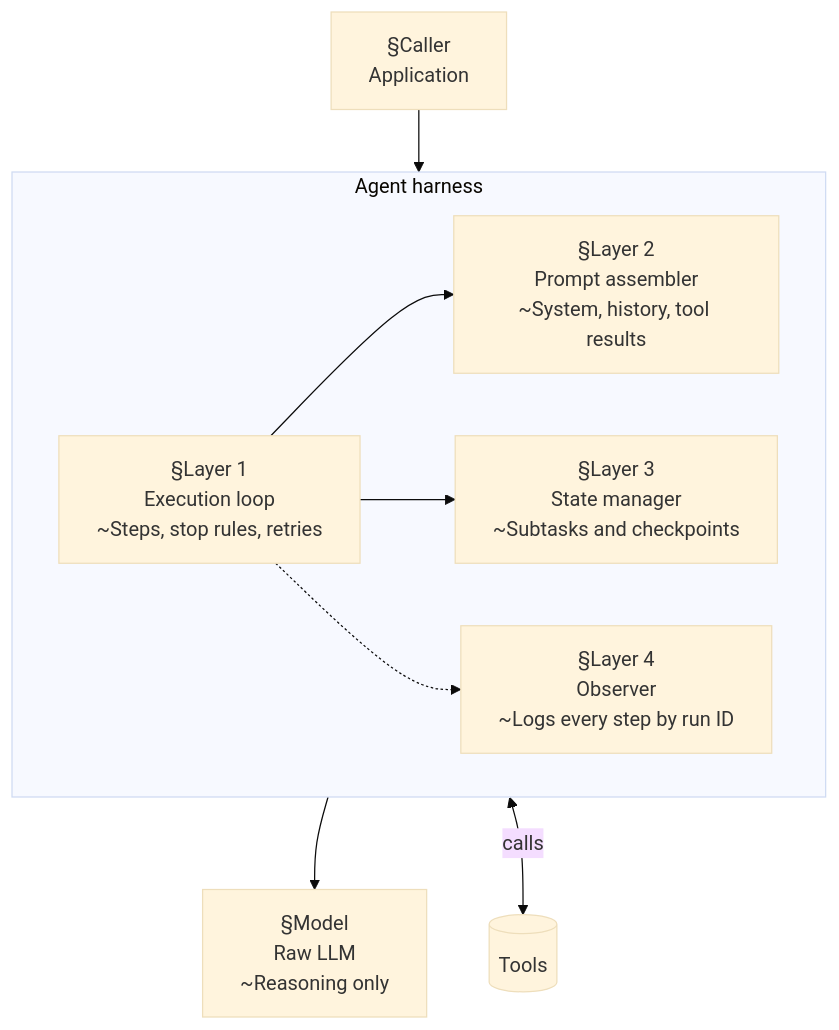
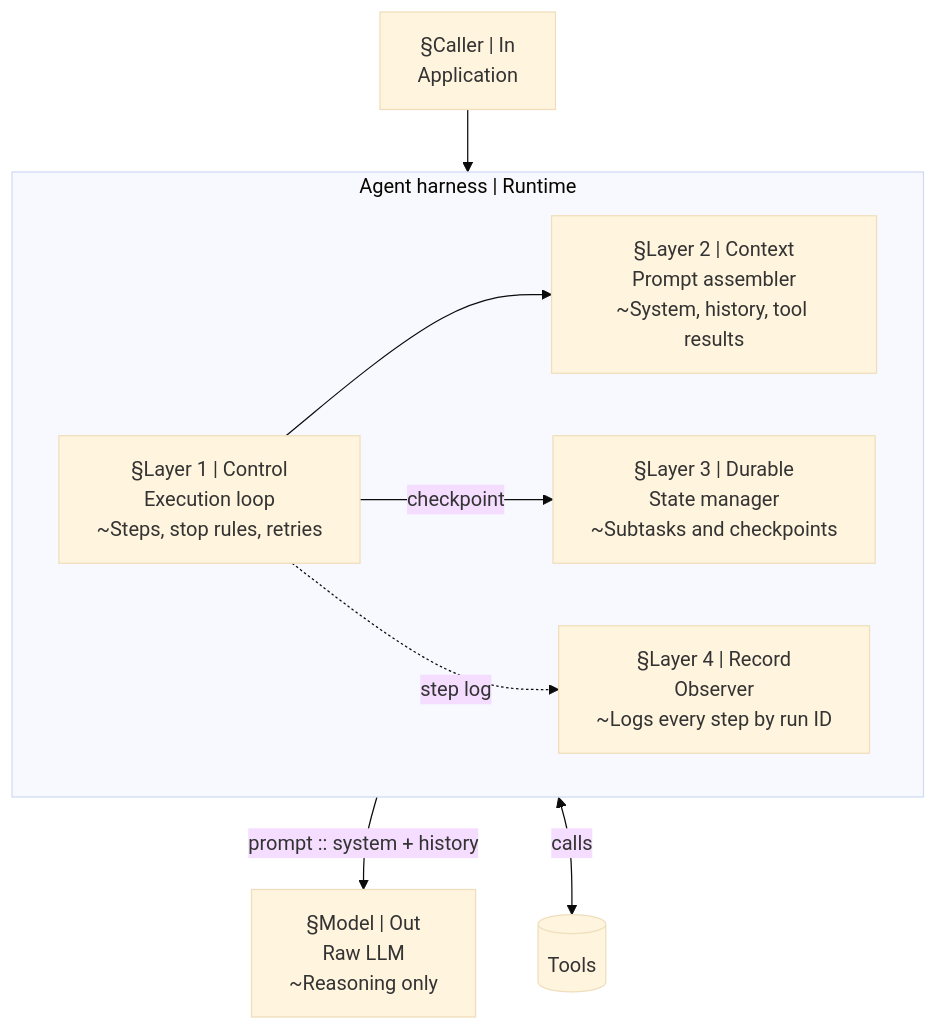
One commit to ninadpathak/ninadpathak changed the diagram in content/diagrams/agent-harnesses/harness-layers.mmd. Above: the diagram before and after it, drawn with Mermaid (base theme). The commit also changed 56 other files, not shown here.

```diff
--- a/content/diagrams/agent-harnesses/harness-layers.mmd
+++ b/content/diagrams/agent-harnesses/harness-layers.mmd
@@ -1,34 +1,36 @@
 %% @fig 01
 %% @kicker Harness layers around the raw LLM
-%% @alt The agent harness sits between the application and the LLM. Its execution loop, prompt assembler, state manager, and observer handle everything except reasoning, and tool calls pass through the loop.
-%% @caption The model reasons. The harness handles everything else.
+%% @alt The agent harness sits between the application and the LLM. Its execution loop, prompt assembler, state manager, and observer handle everything except reasoning. The loop calls tools in both directions, the prompt assembler sends the assembled prompt to the model, the state manager checkpoints after each step, and the observer logs every step.
+%% @caption The model reasons. The harness handles everything else, including the checkpoint that lets an interrupted run resume.
 %% @path app>loop>prompt>llm
-%% @legend accent=Harness layer; outcome=Outside the harness; hot=Request path
+%% @dim harness | harness | Everything except reasoning
+%% @detail state | State manager · checkpoint | Writes: after each successful tool call; Holds: history, data, decisions, status; Recovery: tested, not assumed
+%% @legend accent=Layer; external=Outside; stack=Tool set; hot=Request; flow=Call; async=Log
 flowchart TB
-  app["§Caller
-Application"]:::outcome
-  subgraph harness [Agent harness]
+  app["§Caller | In
+Application"]:::external
+  subgraph harness ["Agent harness | Runtime"]
     direction LR
-    loop["§Layer 1
+    loop["§Layer 1 | Control
 Execution loop
 ~Steps, stop rules, retries"]:::accent
-    prompt["§Layer 2
+    prompt["§Layer 2 | Context
 Prompt assembler
 ~System, history, tool results"]:::accent
-    state["§Layer 3
+    state["§Layer 3 | Durable
 State manager
 ~Subtasks and checkpoints"]
-    observer["§Layer 4
+    observer["§Layer 4 | Record
 Observer
 ~Logs every step by run ID"]
   end
-  llm["§Model
+  llm["§Model | Out
 Raw LLM
-~Reasoning only"]:::outcome
-  tools[("Tools")]:::outcome
+~Reasoning only"]:::external
+  tools[("Tools")]:::stack
   app --> loop
   loop --> prompt
-  prompt --> llm
+  prompt -->|prompt :: system + history| llm
   loop <-->|calls| tools
-  loop --> state
-  loop -.-> observer
+  loop -->|checkpoint| state
+  loop -.->|step log| observer
```
